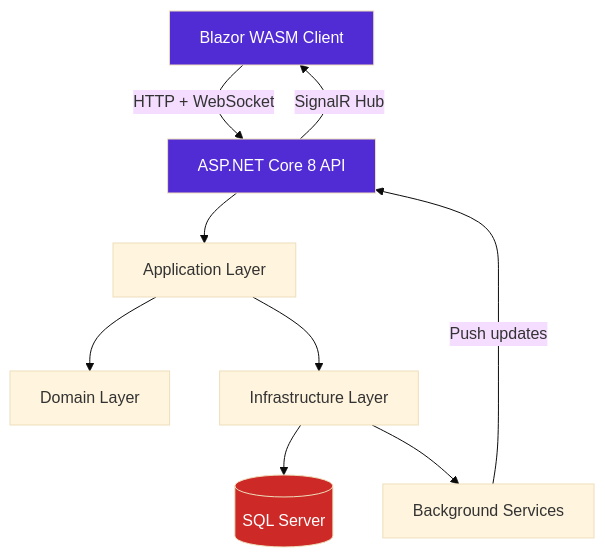
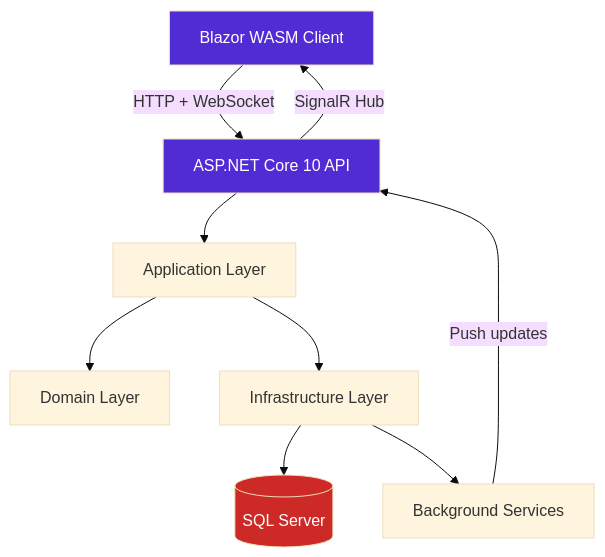
One commit to Byakkode/realtime-ops-dashboard changed the diagram in README.md. Above: the diagram before and after it, drawn with Mermaid (base theme). The commit also changed other lines of this file, not shown here.

Commit message:
chore: update target framework to .NET 10 LTS

````diff
--- a/README.md
+++ b/README.md
@@ -26,15 +26,15 @@
 ```mermaid
 graph TD
-    A[Blazor WASM Client] -->|HTTP + WebSocket| B[ASP.NET Core 8 API]
+    A[Blazor WASM Client] -->|HTTP + WebSocket| B[ASP.NET Core 10 API]
     B -->|SignalR Hub| A
     B --> C[Application Layer]
     C --> D[Domain Layer]
     C --> E[Infrastructure Layer]
     E --> F[(SQL Server)]
     E --> G[Background Services]
     G -->|Push updates| B
 
     style A fill:#512BD4,color:#fff
     style B fill:#512BD4,color:#fff
     style F fill:#CC2927,color:#fff
 ```
````
